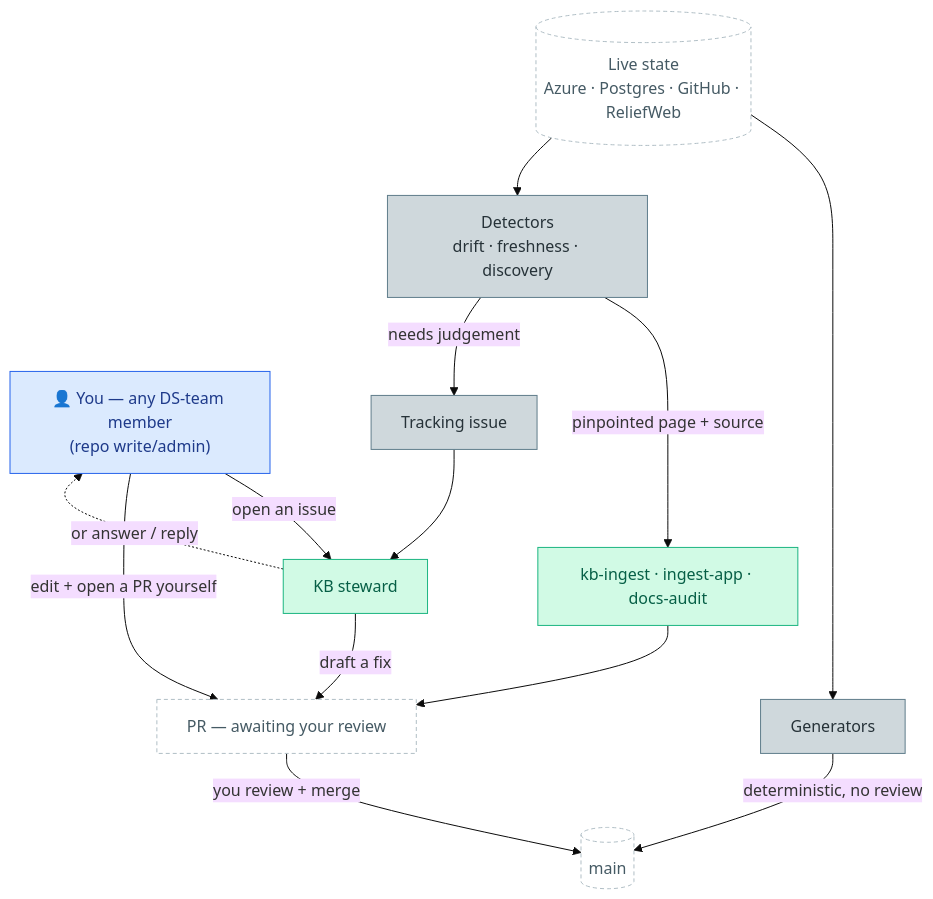
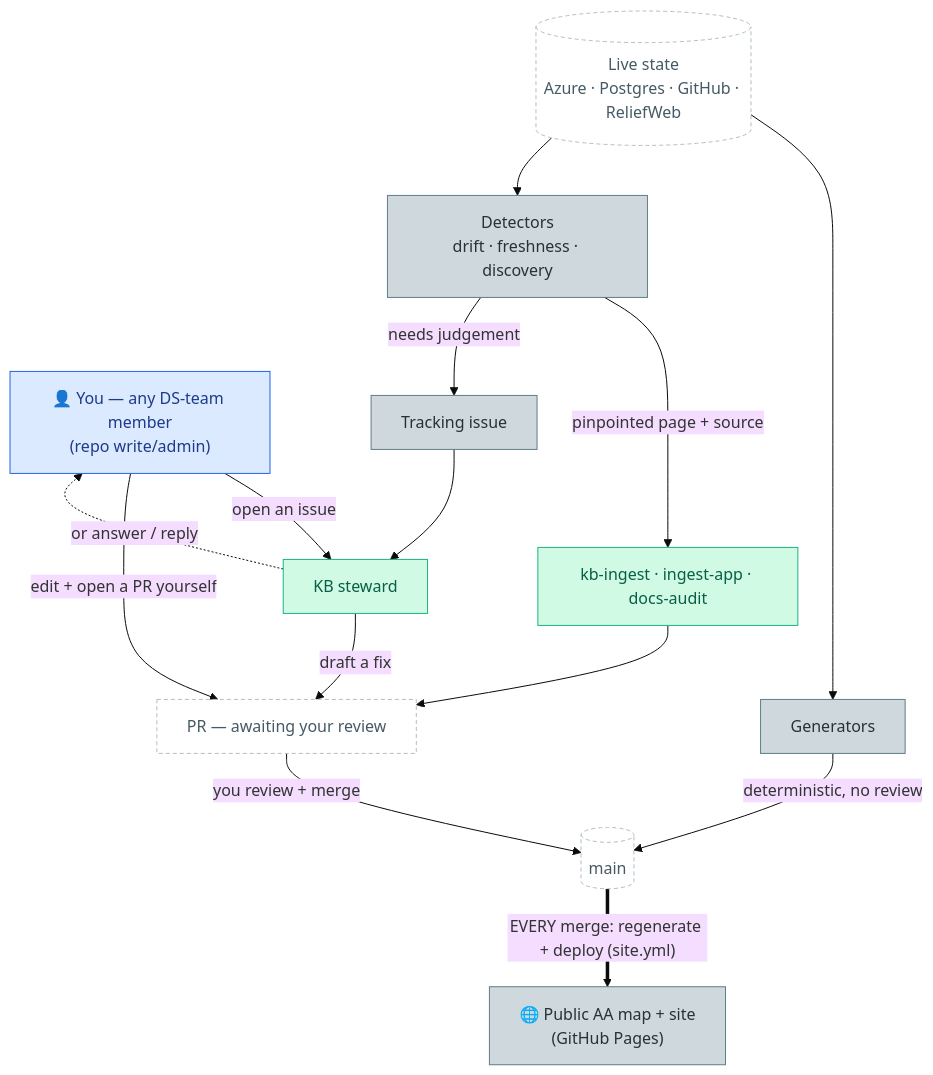
The diagram in infrastructure/automation.md (OCHA-DAP/ds-knowledge-base), drawn with Mermaid (base theme) before and after one commit. The commit also changed other lines of this file, not shown here.

First line of the commit message:
docs(automation): show that every merge regenerates + redeploys the AA map

````diff
--- a/infrastructure/automation.md
+++ b/infrastructure/automation.md
@@ -19,29 +21,31 @@
 ```mermaid
 flowchart TD
   H["👤 You — any DS-team member<br/>(repo write/admin)"]:::human
   Src[("Live state<br/>Azure · Postgres · GitHub · ReliefWeb")]:::data
 
   Gen["Generators"]:::mech
   Det["Detectors<br/>drift · freshness · discovery"]:::mech
   Iss["Tracking issue"]:::mech
 
   Stew["KB steward"]:::stew
   Ing["kb-ingest · ingest-app · docs-audit"]:::stew
   PR["PR — awaiting your review"]:::data
   Main[("main")]:::data
+  Site["🌐 Public AA map + site<br/>(GitHub Pages)"]:::mech
 
   H -->|"open an issue"| Stew
   H -->|"edit + open a PR yourself"| PR
   Src --> Gen -->|"deterministic, no review"| Main
   Src --> Det
   Det -->|"pinpointed page + source"| Ing --> PR
   Det -->|"needs judgement"| Iss --> Stew
   Stew -->|"draft a fix"| PR
   Stew -.->|"or answer / reply"| H
   PR -->|"you review + merge"| Main
+  Main ==>|"EVERY merge: regenerate + deploy (site.yml)"| Site
 
   classDef human fill:#dbeafe,stroke:#2563eb,color:#1e3a8a
   classDef stew  fill:#d1fae5,stroke:#1BB581,color:#065f46
   classDef mech  fill:#cfd8dc,stroke:#607d8b,color:#263238
   classDef data  fill:#ffffff,stroke:#b0bec5,color:#455a64,stroke-dasharray:4 3
 ```
````
